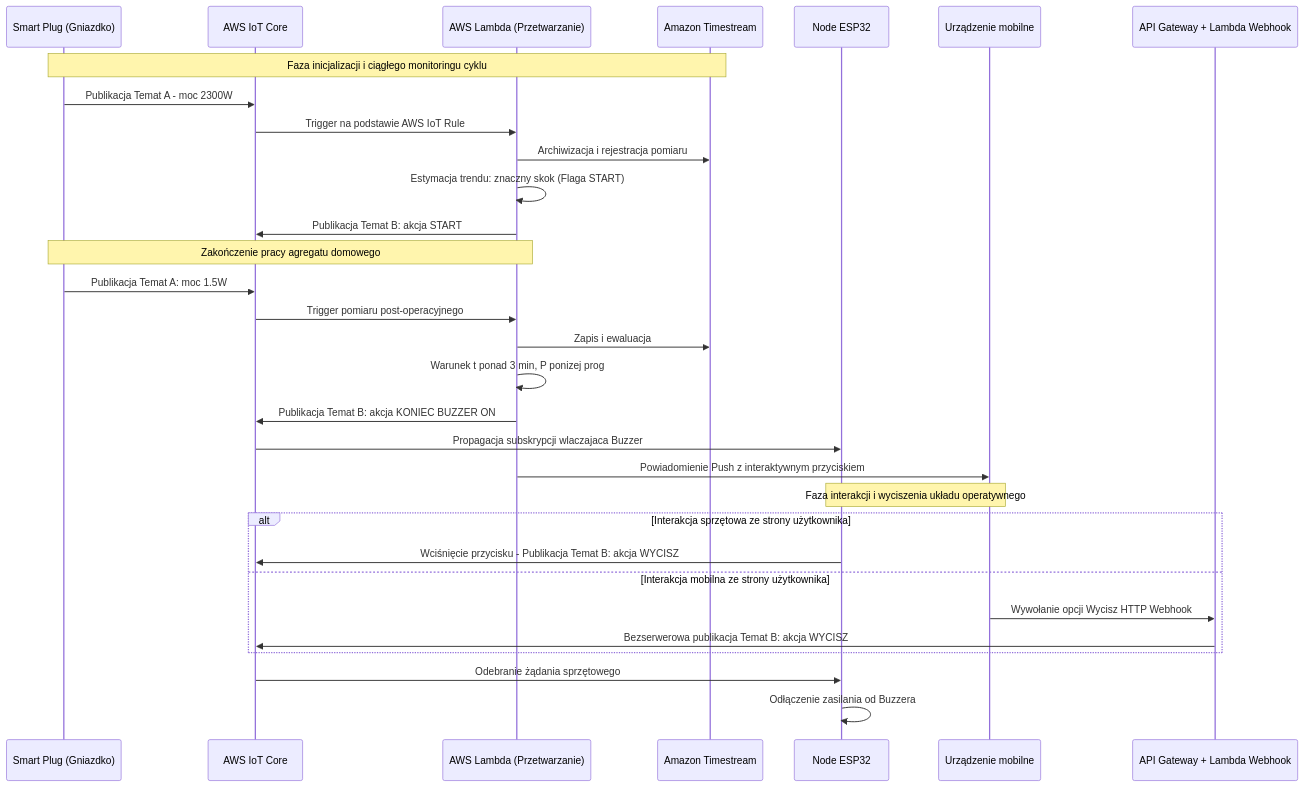
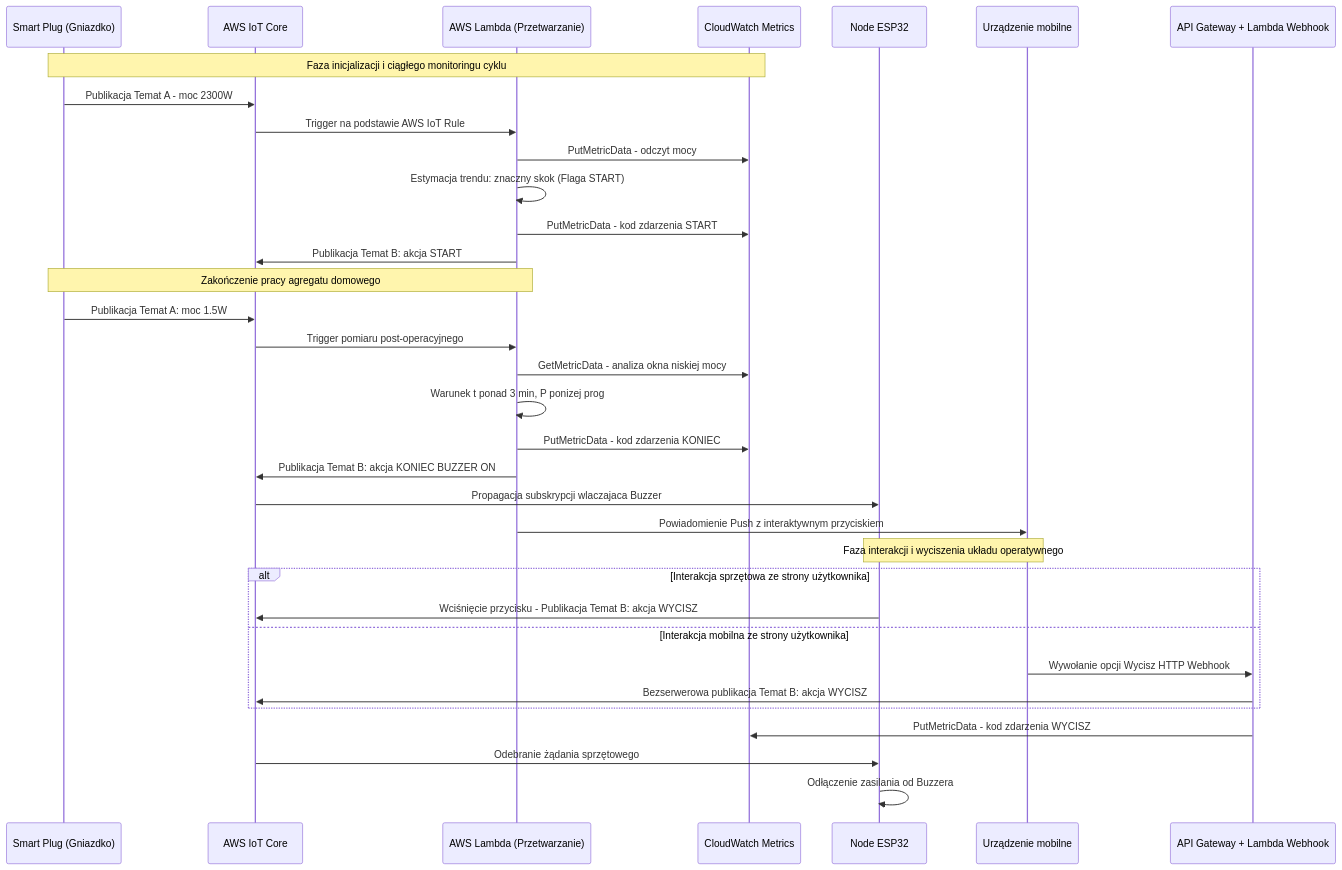
Before and after one commit to kfijalkowski1/scir: the second of 2 diagrams in docs/scir_26l.md, drawn with Mermaid. The commit also changed other lines of this file and 20 other files, not shown here.

````diff
--- a/docs/scir_26l.md
+++ b/docs/scir_26l.md
@@ -108,44 +109,48 @@
 ```mermaid
 ---
 config:
   layout: elk
   <!-- theme: neutral -->
 ---
 sequenceDiagram
     participant Plug as Smart Plug (Gniazdko)
     participant IoT as AWS IoT Core
     participant Lambda as AWS Lambda (Przetwarzanie)
-    participant DB as Amazon Timestream
+    participant CWM as CloudWatch Metrics
     participant ESP as Node ESP32 
     participant Phone as Urządzenie mobilne
     participant API as API Gateway + Lambda Webhook
 
-    Note over Plug, DB: Faza inicjalizacji i ciągłego monitoringu cyklu
+    Note over Plug, CWM: Faza inicjalizacji i ciągłego monitoringu cyklu
     Plug->>IoT: Publikacja Temat A - moc 2300W
     IoT->>Lambda: Trigger na podstawie AWS IoT Rule
-    Lambda->>DB: Archiwizacja i rejestracja pomiaru
+    Lambda->>CWM: PutMetricData - odczyt mocy
     Lambda->>Lambda: Estymacja trendu: znaczny skok (Flaga START)
+    Lambda->>CWM: PutMetricData - kod zdarzenia START
     Lambda->>IoT: Publikacja Temat B: akcja START
 
     Note over Plug, Lambda: Zakończenie pracy agregatu domowego
     Plug->>IoT: Publikacja Temat A: moc 1.5W
     IoT->>Lambda: Trigger pomiaru post-operacyjnego
-    Lambda->>DB: Zapis i ewaluacja
+    Lambda->>CWM: GetMetricData - analiza okna niskiej mocy
     Lambda->>Lambda: Warunek t ponad 3 min, P ponizej prog
     
+    Lambda->>CWM: PutMetricData - kod zdarzenia KONIEC
     Lambda->>IoT: Publikacja Temat B: akcja KONIEC BUZZER ON
     IoT->>ESP: Propagacja subskrypcji wlaczajaca Buzzer
     Lambda->>Phone: Powiadomienie Push z interaktywnym przyciskiem
 
     Note over ESP, Phone: Faza interakcji i wyciszenia układu operatywnego
     
     alt Interakcja sprzętowa ze strony użytkownika
         ESP->>IoT: Wciśnięcie przycisku - Publikacja Temat B: akcja WYCISZ
     else Interakcja mobilna ze strony użytkownika
         Phone->>API: Wywołanie opcji Wycisz HTTP Webhook
         API->>IoT: Bezserwerowa publikacja Temat B: akcja WYCISZ
     end
+
+    API->>CWM: PutMetricData - kod zdarzenia WYCISZ
     
     IoT->>ESP: Odebranie żądania sprzętowego
     ESP->>ESP: Odłączenie zasilania od Buzzera
 ```
````
